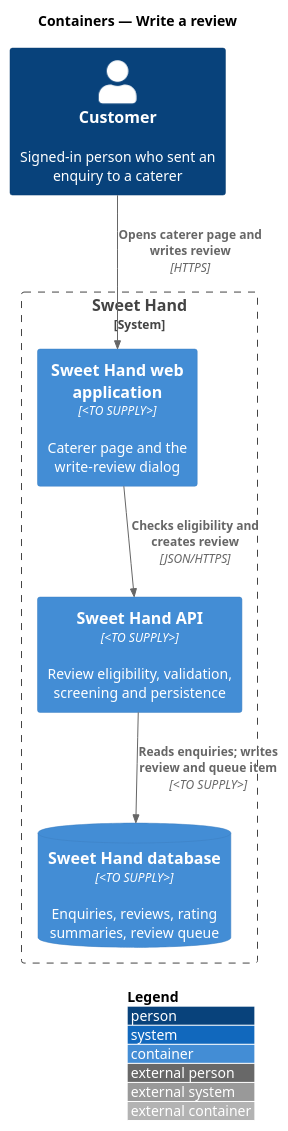
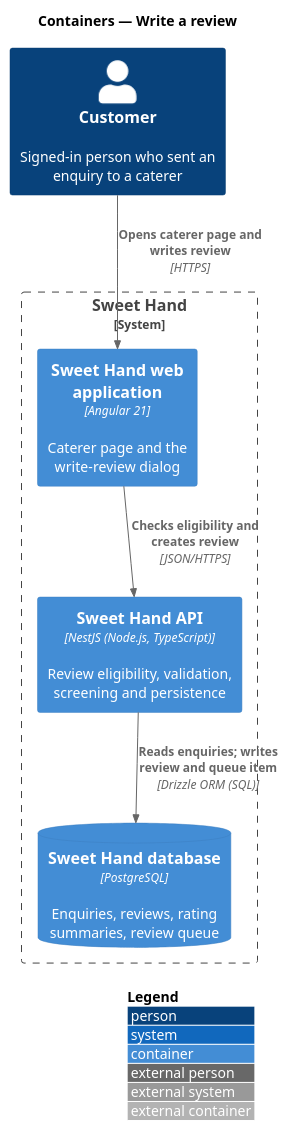
Before and after one commit to QuinntyneBrown/sweet-hand: the diagram in docs/detailed-designs/reviews/write-review/diagrams/c4-container.puml, drawn with PlantUML. The commit also changed 21 other files, not shown here.

```diff
--- a/docs/detailed-designs/reviews/write-review/diagrams/c4-container.puml
+++ b/docs/detailed-designs/reviews/write-review/diagrams/c4-container.puml
@@ -1,15 +1,15 @@
 @startuml
 !include <C4/C4_Container>
 LAYOUT_WITH_LEGEND()
 title Containers — Write a review
 
 Person(customer, "Customer", "Signed-in person who sent an enquiry to a caterer")
 System_Boundary(sweethand, "Sweet Hand") {
-  Container(web, "Sweet Hand web application", "<TO SUPPLY>", "Caterer page and the write-review dialog")
-  Container(api, "Sweet Hand API", "<TO SUPPLY>", "Review eligibility, validation, screening and persistence")
-  ContainerDb(db, "Sweet Hand database", "<TO SUPPLY>", "Enquiries, reviews, rating summaries, review queue")
+  Container(web, "Sweet Hand web application", "Angular 21", "Caterer page and the write-review dialog")
+  Container(api, "Sweet Hand API", "NestJS (Node.js, TypeScript)", "Review eligibility, validation, screening and persistence")
+  ContainerDb(db, "Sweet Hand database", "PostgreSQL", "Enquiries, reviews, rating summaries, review queue")
 }
 Rel(customer, web, "Opens caterer page and writes review", "HTTPS")
 Rel(web, api, "Checks eligibility and creates review", "JSON/HTTPS")
-Rel(api, db, "Reads enquiries; writes review and queue item", "<TO SUPPLY>")
+Rel(api, db, "Reads enquiries; writes review and queue item", "Drizzle ORM (SQL)")
 @enduml
```
